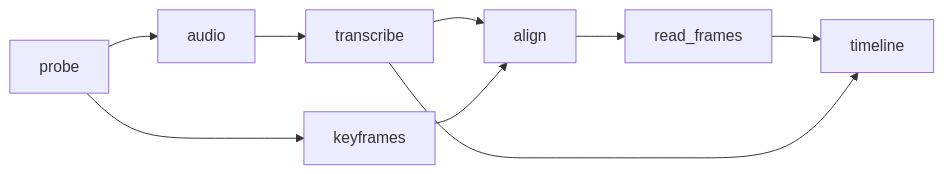
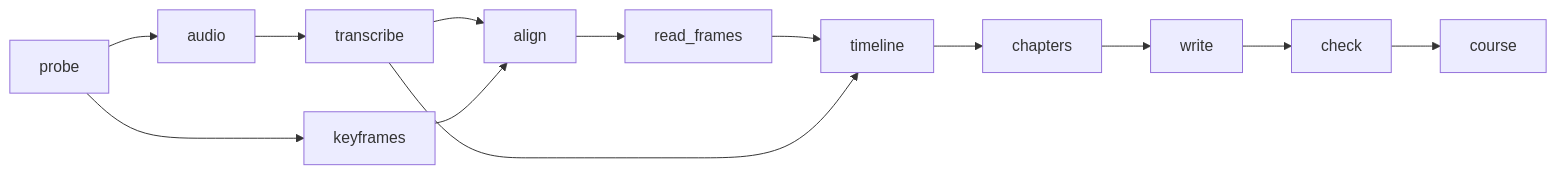
Before and after one commit to Devanshi-cmd/engram: the diagram in docs/ARCHITECTURE.md, drawn with Mermaid. The commit also changed other lines of this file and 32 other files, not shown here.

First line of the commit message:
M4: chapters, notes, diagrams, flashcards and quiz, every item anchored and checked

````diff
--- a/docs/ARCHITECTURE.md
+++ b/docs/ARCHITECTURE.md
@@ -50,7 +66,8 @@
 ```mermaid
 flowchart LR
   P[probe] --> A[audio] --> T[transcribe] --> L[align]
   P --> K[keyframes] --> L
   L --> R[read_frames] --> TL[timeline]
   T --> TL
+  TL --> C[chapters] --> W[write] --> G[check] --> CO[course]
 ```
````
